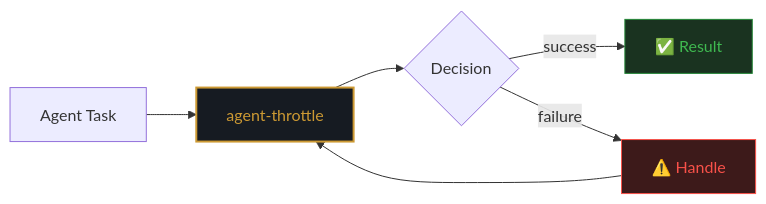
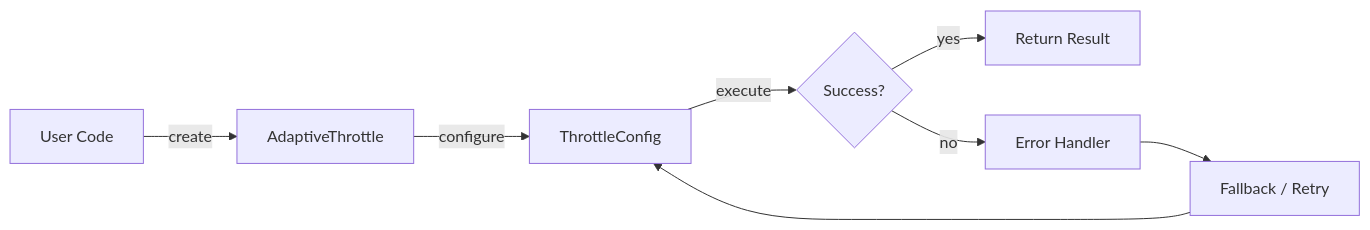
The first of 2 diagrams in README.md (darshjme/sanyama), drawn with Mermaid before and after one commit. The commit also changed other lines of this file and 1 other file, not shown here.

````diff
--- a/README.md
+++ b/README.md
@@ -59,12 +79,10 @@
 ```mermaid
 flowchart LR
-    A[Agent Task] --> B[agent-throttle]
-    B --> C{Decision}
-    C -->|success| D[✅ Result]
-    C -->|failure| E[⚠️ Handle]
-    E --> B
-
-    style B fill:#161b22,stroke:#cc9933,stroke-width:2,color:#cc9933
-    style D fill:#1a3320,stroke:#238636,color:#3fb950
-    style E fill:#3d1a1a,stroke:#f85149,color:#f85149
+    A[User Code] -->|create| B[AdaptiveThrottle]
+    B -->|configure| C[ThrottleConfig]
+    C -->|execute| D{Success?}
+    D -->|yes| E[Return Result]
+    D -->|no| F[Error Handler]
+    F --> G[Fallback / Retry]
+    G --> C
 ```
````
